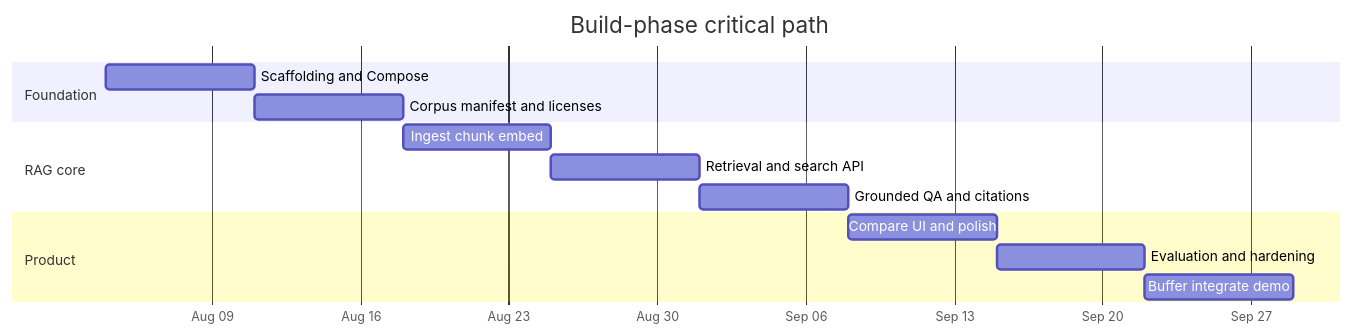
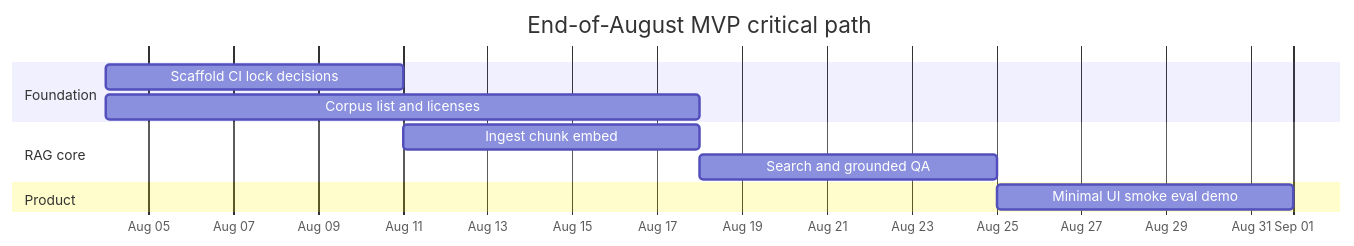
Before and after one commit to bluefate/spacebio-evidence-engine: the diagram in plan.md, drawn with Mermaid. The commit also changed other lines of this file and 41 other files, not shown here.

First line of the commit message:
Lock August MVP decisions and compress delivery to Aug 31.

````diff
--- a/plan.md
+++ b/plan.md
@@ -168,17 +174,14 @@
 ```mermaid
 gantt
-  title Build-phase critical path
+  title End-of-August MVP critical path
   dateFormat  YYYY-MM-DD
   axisFormat  %b %d
   section Foundation
-  Scaffolding and Compose           :a1, 2026-08-04, 7d
-  Corpus manifest and licenses      :a2, after a1, 7d
+  Scaffold CI lock decisions     :a1, 2026-08-04, 7d
+  Corpus list and licenses       :a2, 2026-08-04, 14d
   section RAG core
-  Ingest chunk embed                :a3, after a2, 7d
-  Retrieval and search API          :a4, after a3, 7d
-  Grounded QA and citations         :a5, after a4, 7d
+  Ingest chunk embed             :a3, 2026-08-11, 7d
+  Search and grounded QA         :a4, 2026-08-18, 7d
   section Product
-  Compare UI and polish             :a6, after a5, 7d
-  Evaluation and hardening          :a7, after a6, 7d
-  Buffer integrate demo             :a8, after a7, 7d
+  Minimal UI smoke eval demo     :a5, 2026-08-25, 7d
 ```
````
